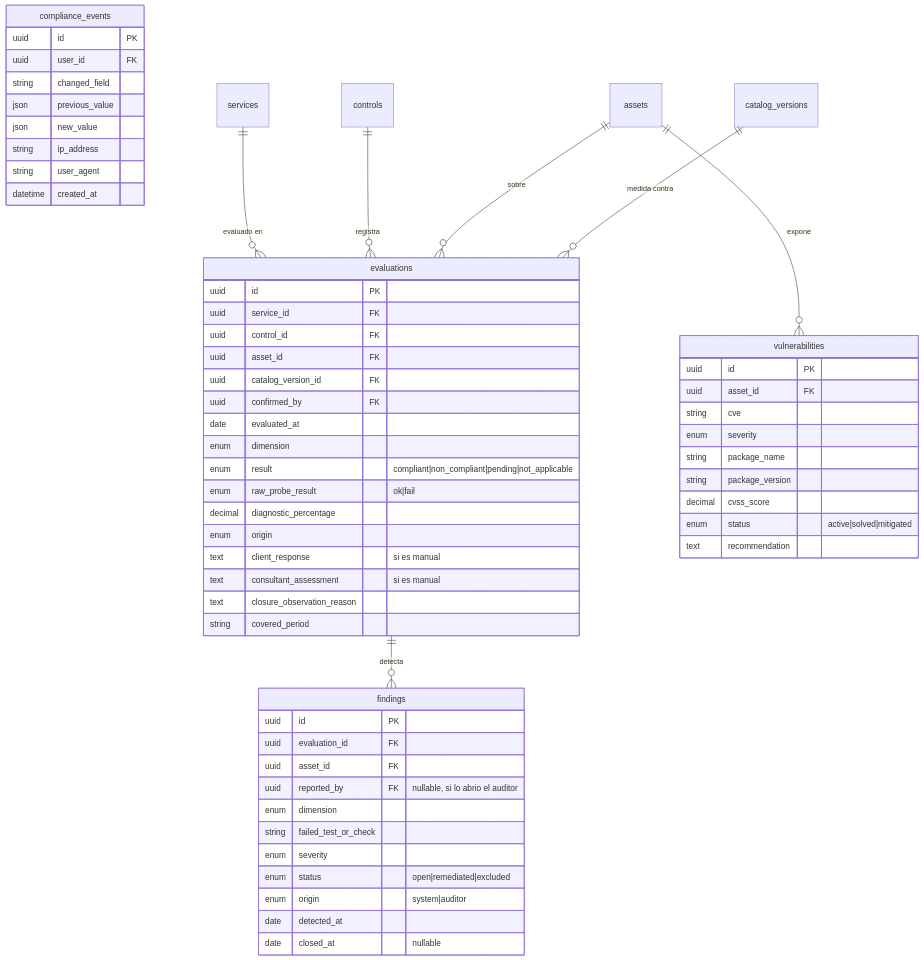
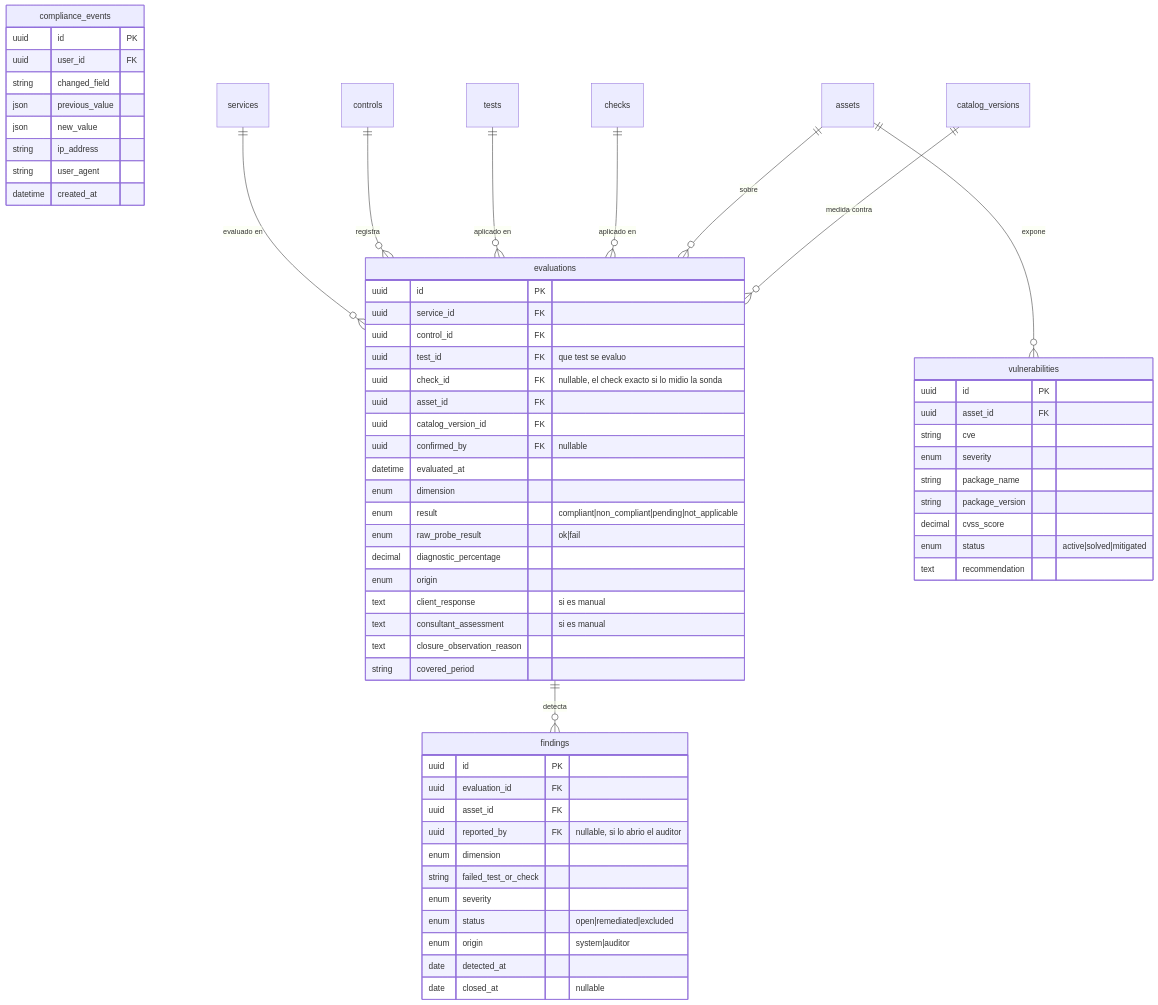
Before and after one commit to Monkey-GRC/Monkey-Brain-IA: diagram 14 of 16 in skills/product/monkey-compliance-council/references/modelo-datos.md, drawn with Mermaid. The commit also changed other lines of this file and 10 other files, not shown here.

Commit message:
docs(model): update relational model after migration review (D26-D34) and absorb schema implementation log

````diff
--- a/skills/product/monkey-compliance-council/references/modelo-datos.md
+++ b/skills/product/monkey-compliance-council/references/modelo-datos.md
@@ -1347,61 +1494,65 @@
 ```mermaid
 erDiagram
     evaluations {
         uuid id PK
         uuid service_id FK
         uuid control_id FK
+        uuid test_id FK "que test se evaluo"
+        uuid check_id FK "nullable, el check exacto si lo midio la sonda"
         uuid asset_id FK
         uuid catalog_version_id FK
-        uuid confirmed_by FK
-        date evaluated_at
+        uuid confirmed_by FK "nullable"
+        datetime evaluated_at
         enum dimension
         enum result "compliant|non_compliant|pending|not_applicable"
         enum raw_probe_result "ok|fail"
         decimal diagnostic_percentage
         enum origin
         text client_response "si es manual"
         text consultant_assessment "si es manual"
         text closure_observation_reason
         string covered_period
     }
     findings {
         uuid id PK
         uuid evaluation_id FK
         uuid asset_id FK
         uuid reported_by FK "nullable, si lo abrio el auditor"
         enum dimension
         string failed_test_or_check
         enum severity
         enum status "open|remediated|excluded"
         enum origin "system|auditor"
         date detected_at
         date closed_at "nullable"
     }
     compliance_events {
         uuid id PK
         uuid user_id FK
         string changed_field
         json previous_value
         json new_value
         string ip_address
         string user_agent
         datetime created_at
     }
     vulnerabilities {
         uuid id PK
         uuid asset_id FK
         string cve
         enum severity
         string package_name
         string package_version
         decimal cvss_score
         enum status "active|solved|mitigated"
         text recommendation
     }
     services ||--o{ evaluations : "evaluado en"
     controls ||--o{ evaluations : "registra"
+    tests ||--o{ evaluations : "aplicado en"
+    checks ||--o{ evaluations : "aplicado en"
     assets ||--o{ evaluations : "sobre"
     catalog_versions ||--o{ evaluations : "medida contra"
     evaluations ||--o{ findings : "detecta"
     assets ||--o{ vulnerabilities : "expone"
 ```
````
